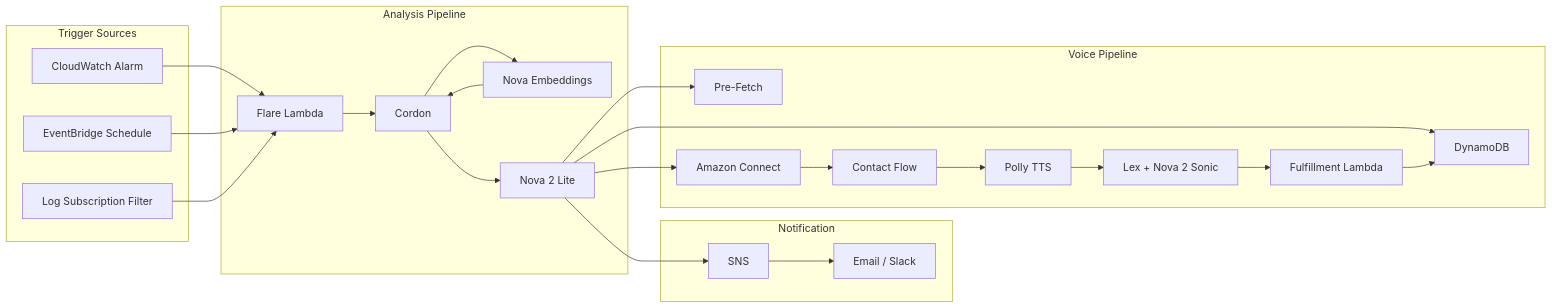
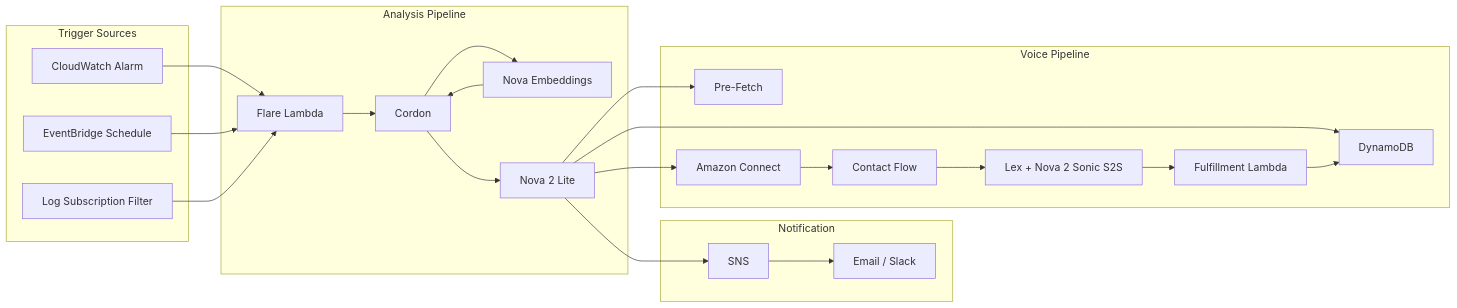
Before and after one commit to Shendu09/Nexus-nova: the first of 8 diagrams in docs/architecture.md, drawn with Mermaid. The commit also changed other lines of this file and 6 other files, not shown here.

First line of the commit message:
Route all voice through Nova 2 Sonic and update documentation

````diff
--- a/docs/architecture.md
+++ b/docs/architecture.md
@@ -9,41 +9,40 @@
 ```mermaid
 flowchart LR
     subgraph triggers [Trigger Sources]
         A1["CloudWatch Alarm"]
         A2["EventBridge Schedule"]
         A3["Log Subscription Filter"]
     end
 
     subgraph analysis [Analysis Pipeline]
         L["Flare Lambda"]
         C["Cordon"]
         NE["Nova Embeddings"]
         NL["Nova 2 Lite"]
     end
 
     subgraph notification [Notification]
         SNS["SNS"]
         Email["Email / Slack"]
     end
 
     subgraph voice [Voice Pipeline]
         DDB["DynamoDB"]
         PF["Pre-Fetch"]
         CON["Amazon Connect"]
         CF["Contact Flow"]
-        Polly["Polly TTS"]
-        Lex["Lex + Nova 2 Sonic"]
+        Lex["Lex + Nova 2 Sonic S2S"]
         FF["Fulfillment Lambda"]
     end
 
     A1 --> L
     A2 --> L
     A3 --> L
     L --> C --> NE
     NE --> C
     C --> NL
     NL --> SNS --> Email
     NL --> DDB
     NL --> PF
-    NL --> CON --> CF --> Polly --> Lex --> FF --> DDB
+    NL --> CON --> CF --> Lex --> FF --> DDB
 ```
````
